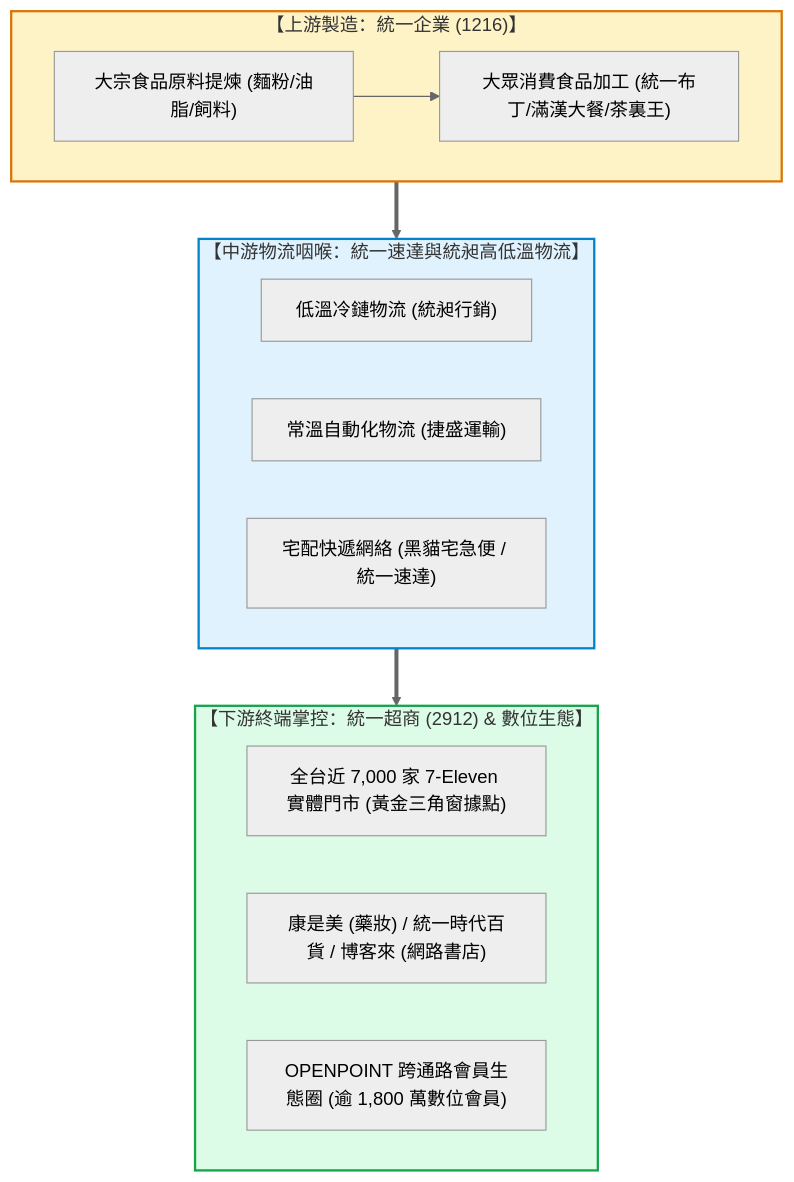
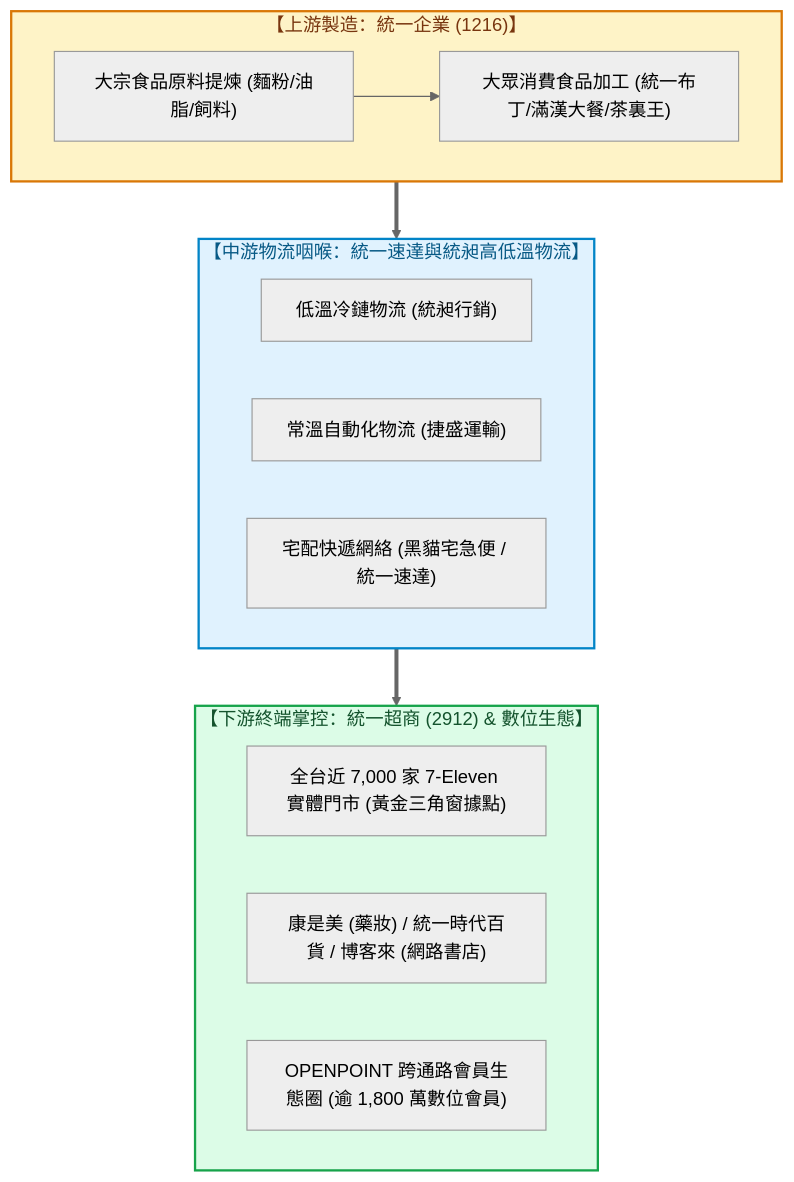
Before and after one commit to Jimlin0428/my-digital-garden: the fourth of 4 diagrams in src/site/notes/98_商業概念庫/value-system_產業價值體系.md, drawn with Mermaid (neutral theme). The commit also changed other lines of this file and 99 other files, not shown here.

````diff
--- a/src/site/notes/98_商業概念庫/value-system_產業價值體系.md
+++ b/src/site/notes/98_商業概念庫/value-system_產業價值體系.md
@@ -427,24 +427,24 @@
 ```mermaid
 flowchart TD
     subgraph UpstreamMFR ["【上游製造：統一企業 (1216)】"]
         M1["大宗食品原料提煉 (麵粉/油脂/飼料)"] --> M2["大眾消費食品加工 (統一布丁/滿漢大餐/茶裏王)"]
     end
 
     subgraph LogisticsThroat ["【中游物流咽喉：統一速達與統昶高低溫物流】"]
         L1["低溫冷鏈物流 (統昶行銷)"]
         L2["常溫自動化物流 (捷盛運輸)"]
         L3["宅配快遞網絡 (黑貓宅急便 / 統一速達)"]
     end
 
     subgraph RetailChannel ["【下游終端掌控：統一超商 (2912) & 數位生態】"]
         C1["全台近 7,000 家 7-Eleven 實體門市 (黃金三角窗據點)"]
         C2["康是美 (藥妝) / 統一時代百貨 / 博客來 (網路書店)"]
         C3["OPENPOINT 跨通路會員生態圈 (逾 1,800 萬數位會員)"]
     end
 
     UpstreamMFR ==> LogisticsThroat ==> RetailChannel
 
-    style UpstreamMFR fill:#fef3c7,stroke:#d97706,stroke-width:2px
-    style LogisticsThroat fill:#e0f2fe,stroke:#0284c7,stroke-width:2px
-    style RetailChannel fill:#dcfce7,stroke:#16a34a,stroke-width:2px
+    style UpstreamMFR fill:#fef3c7,stroke:#d97706,stroke-width:2px,color:#78350f
+    style LogisticsThroat fill:#e0f2fe,stroke:#0284c7,stroke-width:2px,color:#075985
+    style RetailChannel fill:#dcfce7,stroke:#16a34a,stroke-width:2px,color:#14532d
 ```
````
